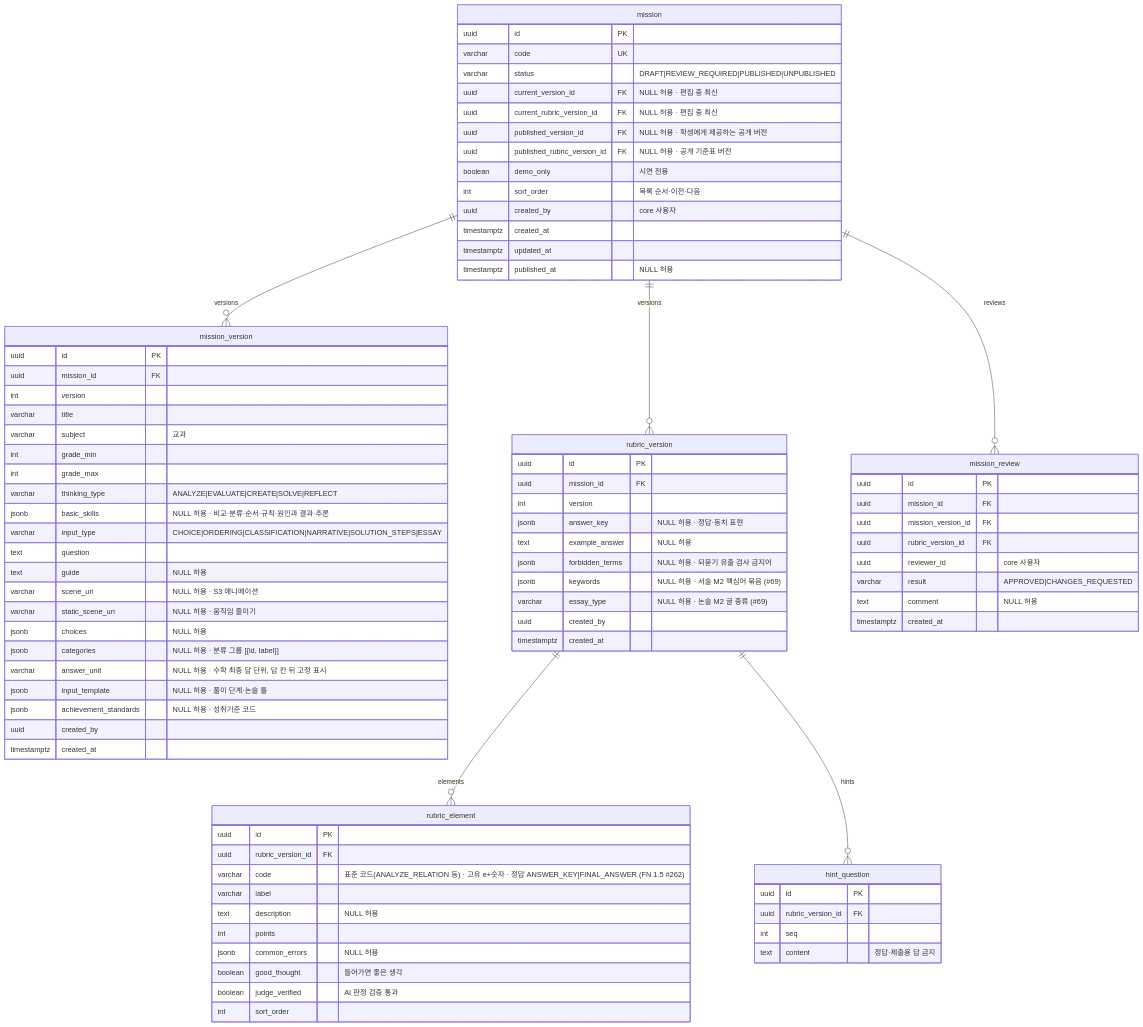
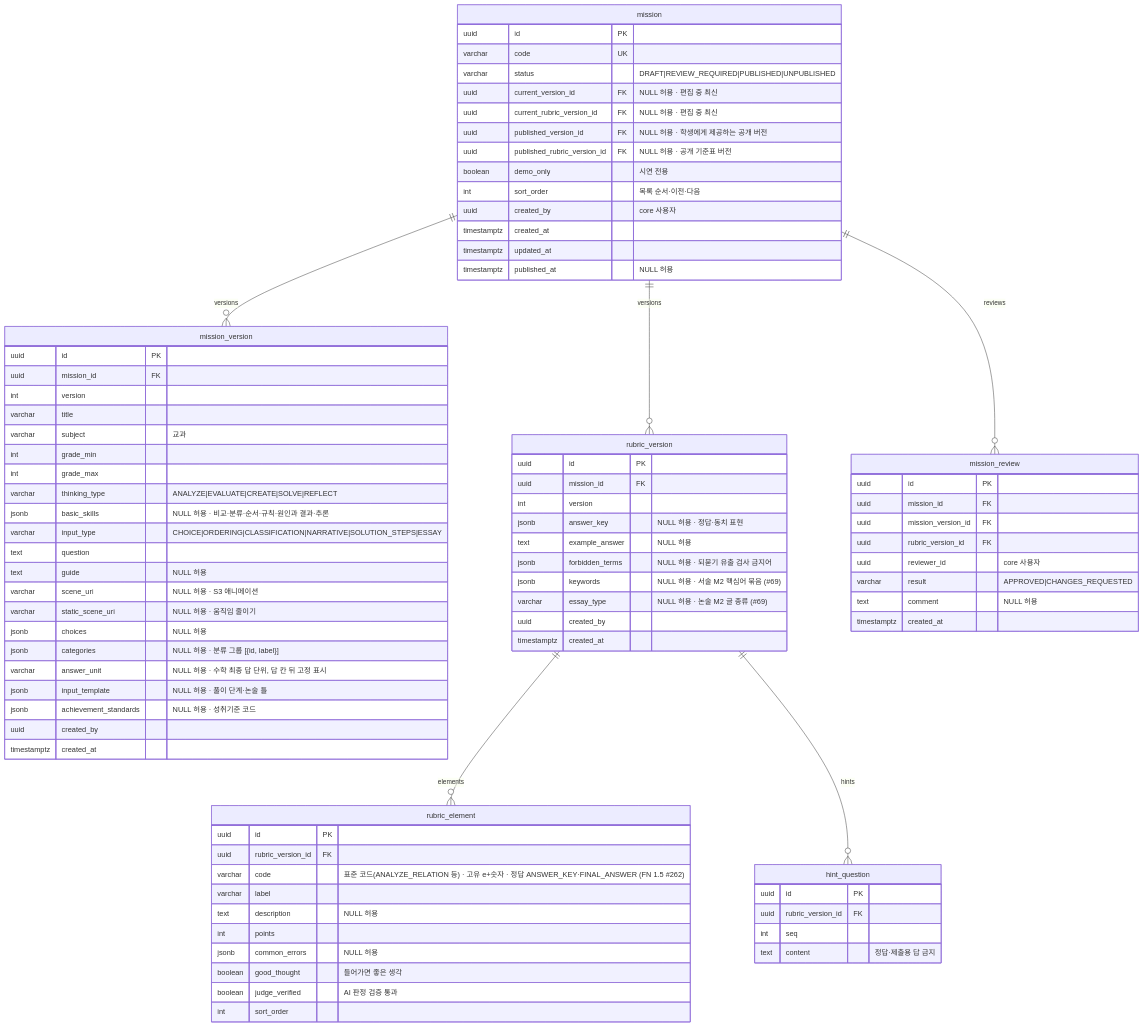
One commit to SKNETWORKS-FAMILY-AICAMP/SKN34-FINAL-3TEAM changed the eighth of 11 diagrams in docs/design/erd.md. Above: the diagram before and after it, drawn with Mermaid. The commit also changed 1 other file, not shown here.

Commit message:
docs: #262 ERD 요소 code 주석이 CHECK 허용 값으로 읽히지 않게 수정
- erd rubric_element.code 주석의 ANSWER_KEY|FINAL_ANSWER를 ·로 바꿈 (verify_db_schema.py가 A|B 모양을 CHECK 값으로 읽어 ci-db-schema 실패)
- learning 보고서 20절 검증에 DB 스키마 검사 결과 추가

```diff
--- a/docs/design/erd.md
+++ b/docs/design/erd.md
@@ -834,7 +834,7 @@
   rubric_element {
     uuid id PK
     uuid rubric_version_id FK
-    varchar code "표준 코드(ANALYZE_RELATION 등) · 고유 e+숫자 · 정답 ANSWER_KEY|FINAL_ANSWER (FN 1.5 #262)"
+    varchar code "표준 코드(ANALYZE_RELATION 등) · 고유 e+숫자 · 정답 ANSWER_KEY·FINAL_ANSWER (FN 1.5 #262)"
     varchar label
     text description "NULL 허용"
     int points
```
